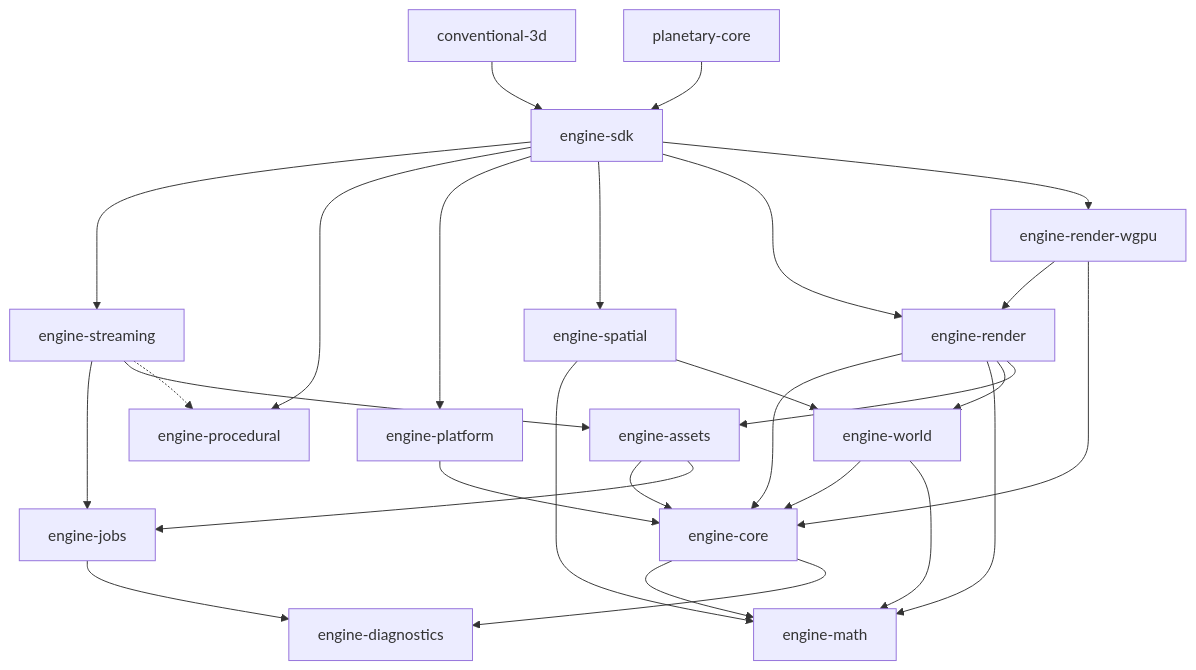
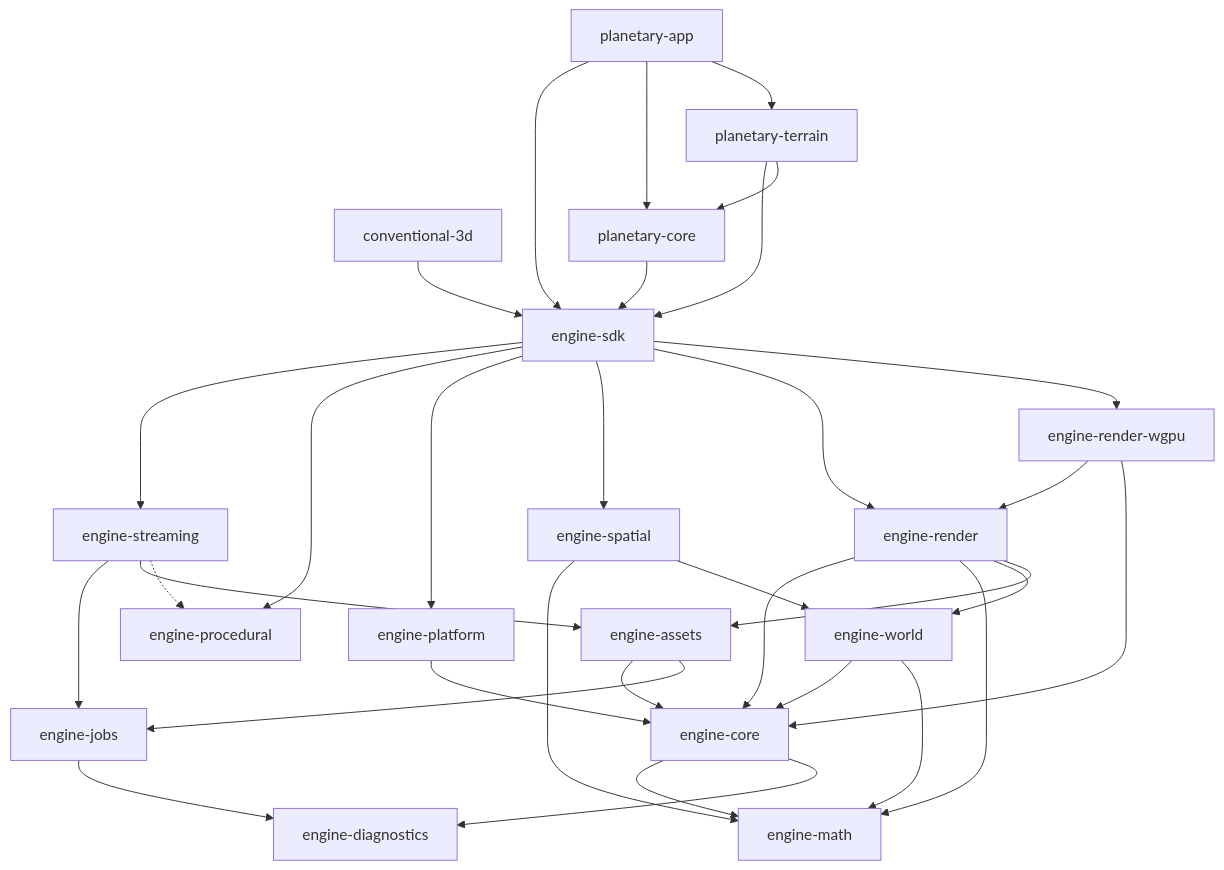
The diagram in docs/architecture/dependency-direction.md (ajoakim/Ar-C-Engine), drawn with Mermaid before and after one commit. The commit also changed other lines of this file and 8 other files, not shown here.

First line of the commit message:
chore(07-01): scaffold planetary-terrain (tier 7) and planetary-app (tier 8)

````diff
--- a/docs/architecture/dependency-direction.md
+++ b/docs/architecture/dependency-direction.md
@@ -54,30 +58,35 @@
 ```mermaid
 graph TD
     engine-core --> engine-math
     engine-core --> engine-diagnostics
     engine-jobs --> engine-diagnostics
     engine-platform --> engine-core
     engine-assets --> engine-core
     engine-assets --> engine-jobs
     engine-world --> engine-core
     engine-world --> engine-math
     engine-spatial --> engine-math
     engine-spatial --> engine-world
     engine-render --> engine-core
     engine-render --> engine-math
     engine-render --> engine-world
     engine-render --> engine-assets
     engine-render-wgpu --> engine-render
     engine-render-wgpu --> engine-core
     engine-streaming --> engine-jobs
     engine-streaming --> engine-assets
     engine-streaming -.-> engine-procedural
     engine-sdk --> engine-streaming
     engine-sdk --> engine-procedural
     engine-sdk --> engine-platform
     engine-sdk --> engine-spatial
     engine-sdk --> engine-render
     engine-sdk --> engine-render-wgpu
     conventional-3d --> engine-sdk
     planetary-core --> engine-sdk
+    planetary-terrain --> engine-sdk
+    planetary-terrain --> planetary-core
+    planetary-app --> engine-sdk
+    planetary-app --> planetary-core
+    planetary-app --> planetary-terrain
 ```
````
